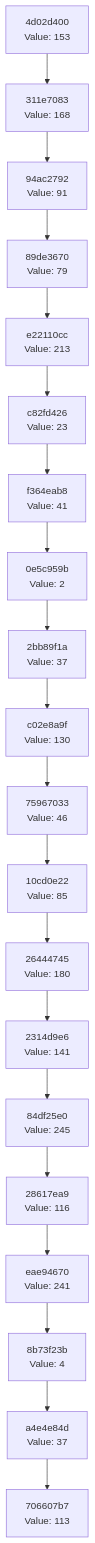
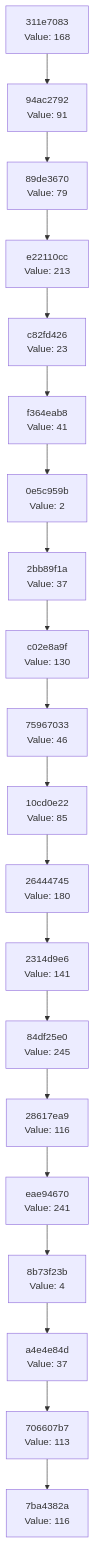
One commit to Abhisheksinha1506/hash-chain-evolver changed the diagram in docs/CHAIN_VISUALIZATION.md. Above: the diagram before and after it, drawn with Mermaid. The commit also changed 3 other files, not shown here.

````diff
--- a/docs/CHAIN_VISUALIZATION.md
+++ b/docs/CHAIN_VISUALIZATION.md
@@ -3,42 +3,42 @@
 ```mermaid
 graph TD
-    C0["706607b7<br/>Value: 113"]
-    C1["a4e4e84d<br/>Value: 37"]
+    C0["7ba4382a<br/>Value: 116"]
+    C1["706607b7<br/>Value: 113"]
     C1 --> C0
-    C2["8b73f23b<br/>Value: 4"]
+    C2["a4e4e84d<br/>Value: 37"]
     C2 --> C1
-    C3["eae94670<br/>Value: 241"]
+    C3["8b73f23b<br/>Value: 4"]
     C3 --> C2
-    C4["28617ea9<br/>Value: 116"]
+    C4["eae94670<br/>Value: 241"]
     C4 --> C3
-    C5["84df25e0<br/>Value: 245"]
+    C5["28617ea9<br/>Value: 116"]
     C5 --> C4
-    C6["2314d9e6<br/>Value: 141"]
+    C6["84df25e0<br/>Value: 245"]
     C6 --> C5
-    C7["26444745<br/>Value: 180"]
+    C7["2314d9e6<br/>Value: 141"]
     C7 --> C6
-    C8["10cd0e22<br/>Value: 85"]
+    C8["26444745<br/>Value: 180"]
     C8 --> C7
-    C9["75967033<br/>Value: 46"]
+    C9["10cd0e22<br/>Value: 85"]
     C9 --> C8
-    C10["c02e8a9f<br/>Value: 130"]
+    C10["75967033<br/>Value: 46"]
     C10 --> C9
-    C11["2bb89f1a<br/>Value: 37"]
+    C11["c02e8a9f<br/>Value: 130"]
     C11 --> C10
-    C12["0e5c959b<br/>Value: 2"]
+    C12["2bb89f1a<br/>Value: 37"]
     C12 --> C11
-    C13["f364eab8<br/>Value: 41"]
+    C13["0e5c959b<br/>Value: 2"]
     C13 --> C12
-    C14["c82fd426<br/>Value: 23"]
+    C14["f364eab8<br/>Value: 41"]
     C14 --> C13
-    C15["e22110cc<br/>Value: 213"]
+    C15["c82fd426<br/>Value: 23"]
     C15 --> C14
-    C16["89de3670<br/>Value: 79"]
+    C16["e22110cc<br/>Value: 213"]
     C16 --> C15
-    C17["94ac2792<br/>Value: 91"]
+    C17["89de3670<br/>Value: 79"]
     C17 --> C16
-    C18["311e7083<br/>Value: 168"]
+    C18["94ac2792<br/>Value: 91"]
     C18 --> C17
-    C19["4d02d400<br/>Value: 153"]
+    C19["311e7083<br/>Value: 168"]
     C19 --> C18
 ```
````
